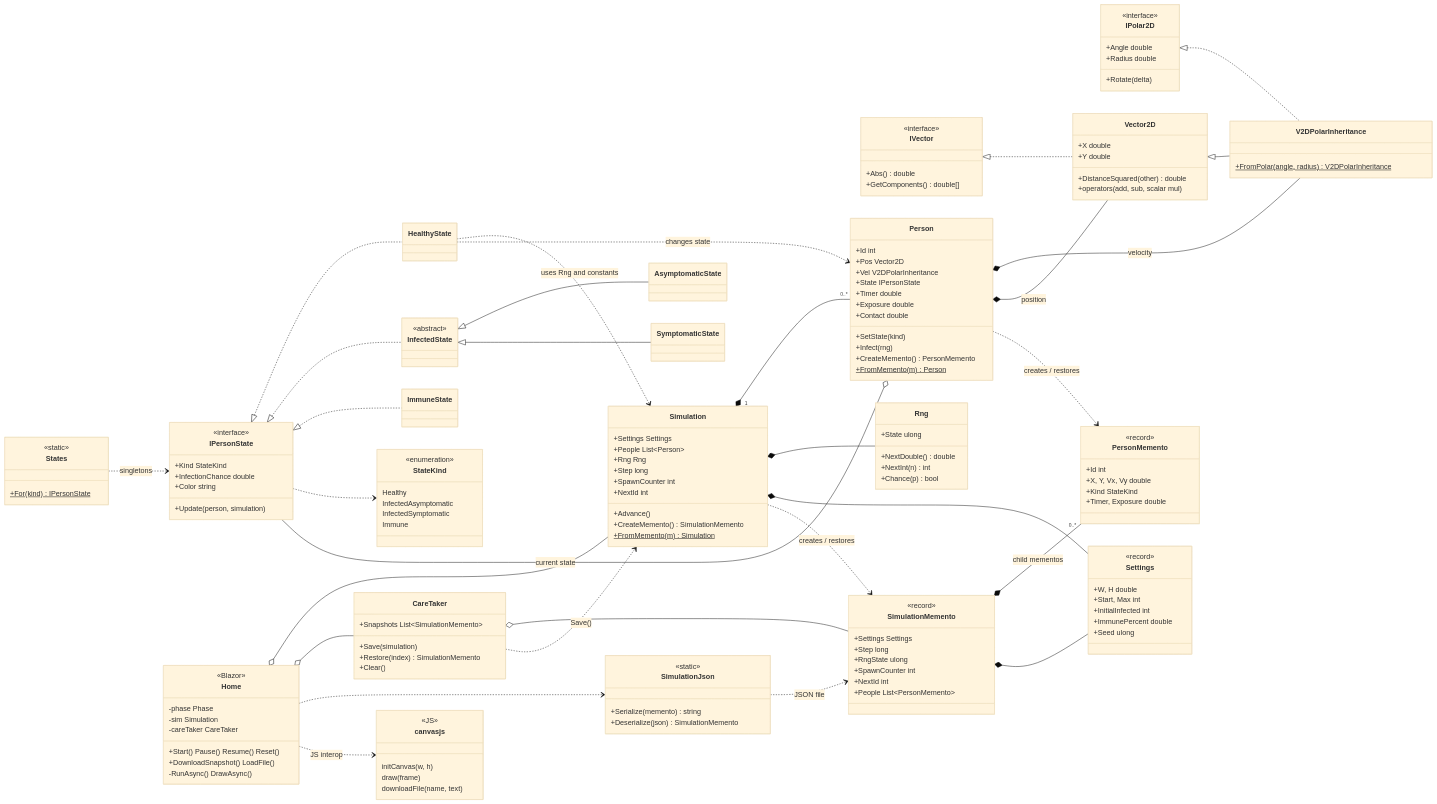
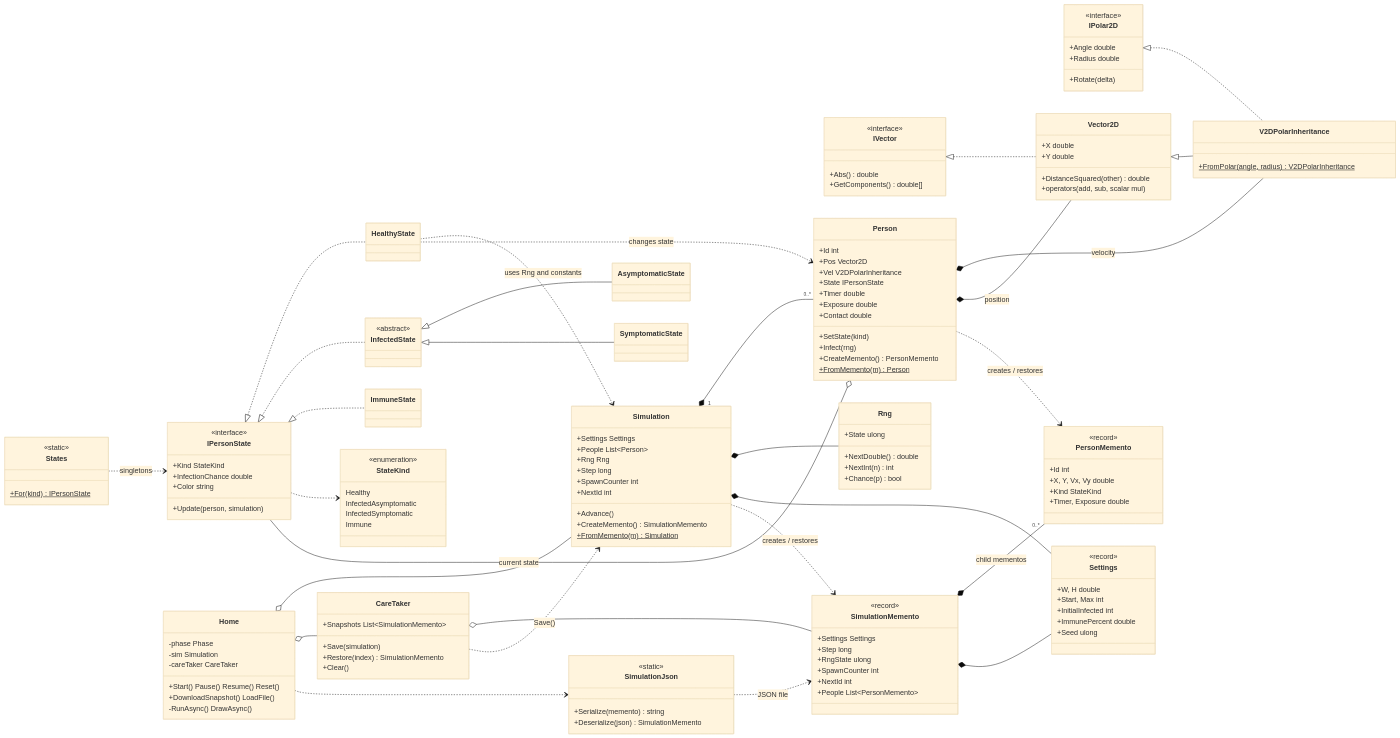
Before and after one commit to vodfsh/PK-TO: the diagram in Solution/Lab3/class-diagram.md, drawn with Mermaid (base theme).

````diff
--- a/Solution/Lab3/class-diagram.md
+++ b/Solution/Lab3/class-diagram.md
@@ -149,7 +147,6 @@
 
     %% ---------- UI ----------
     class Home {
-        <<Blazor>>
         -phase Phase
         -sim Simulation
         -careTaker CareTaker
@@ -157,14 +154,8 @@
         +DownloadSnapshot() LoadFile()
         -RunAsync() DrawAsync()
     }
-    class canvasjs {
-        <<JS>>
-        initCanvas(w, h)
-        draw(frame)
-        downloadFile(name, text)
-    }
+
     Home o-- Simulation
     Home o-- CareTaker
     Home ..> SimulationJson
-    Home ..> canvasjs : JS interop
 ```
````
